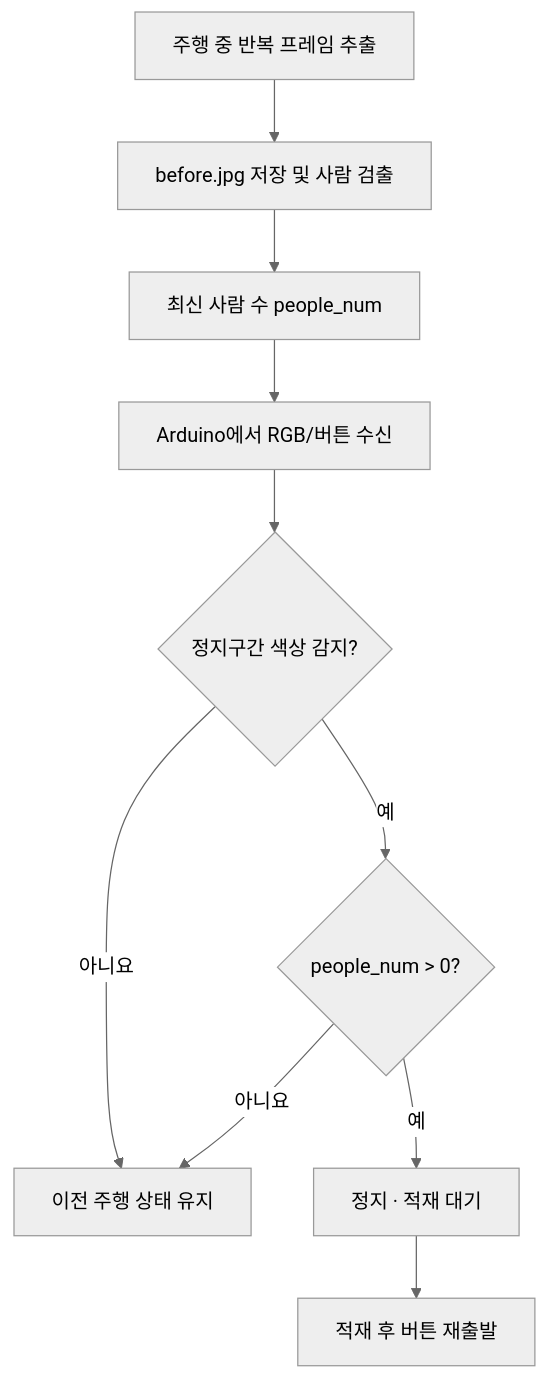
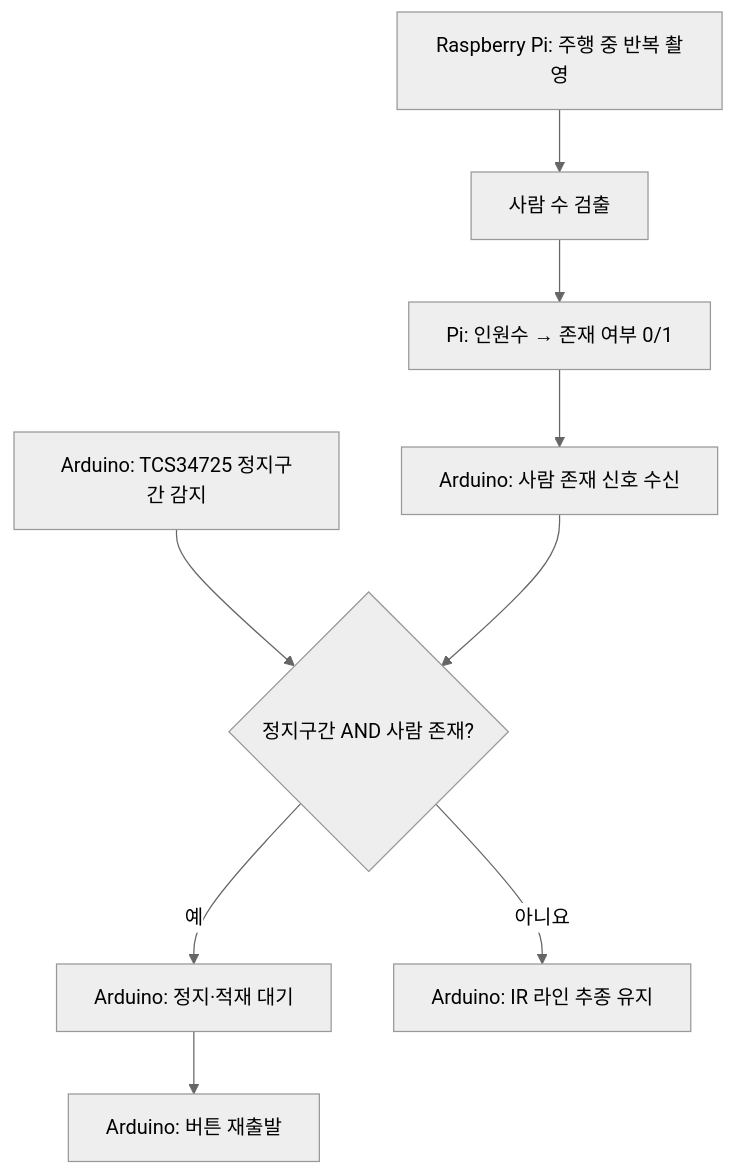
One commit to hsw-dotcom/human-aware-line-follower changed the diagram in README.md. Above: the diagram before and after it, drawn with Mermaid (neutral theme). The commit also changed other lines of this file and 12 other files, not shown here.

````diff
--- a/README.md
+++ b/README.md
@@ -109,12 +106,11 @@
 ```mermaid
 flowchart TD
-  A[주행 중 반복 프레임 추출] --> B[before.jpg 저장 및 사람 검출]
-  B --> C[최신 사람 수 people_num]
-  C --> D[Arduino에서 RGB/버튼 수신]
-  D --> E{정지구간 색상 감지?}
-  E -- 아니요 --> F[이전 주행 상태 유지]
-  E -- 예 --> G{people_num > 0?}
-  G -- 아니요 --> F
-  G -- 예 --> H[정지 · 적재 대기]
-  H --> I[적재 후 버튼 재출발]
+  A[Raspberry Pi: 주행 중 반복 촬영] --> B[사람 수 검출]
+  B --> C[Pi: 인원수 → 존재 여부 0/1]
+  C --> D[Arduino: 사람 존재 신호 수신]
+  E[Arduino: TCS34725 정지구간 감지] --> F{정지구간 AND 사람 존재?}
+  D --> F
+  F -- 예 --> G[Arduino: 정지·적재 대기]
+  F -- 아니요 --> H[Arduino: IR 라인 추종 유지]
+  G --> I[Arduino: 버튼 재출발]
 ```
````
